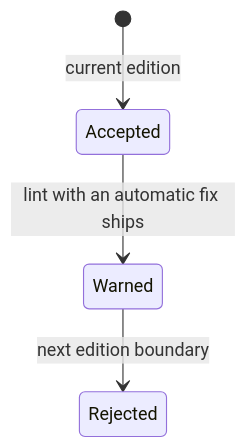
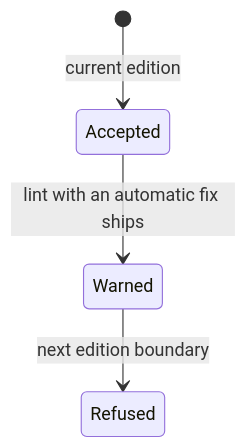
The third of 3 diagrams in skills/mold/evals/files/al-rfc-dyn-trait-pick/drafts.md (paulnsorensen/easy-cheese), drawn with Mermaid before and after one commit. The commit also changed other lines of this file and 32 other files, not shown here.

First line of the commit message:
test(mold): make the altitude and diagram evals splittable and accurate

````diff
--- a/skills/mold/evals/files/al-rfc-dyn-trait-pick/drafts.md
+++ b/skills/mold/evals/files/al-rfc-dyn-trait-pick/drafts.md
@@ -34,6 +88,6 @@
 ```mermaid
 stateDiagram-v2
   [*] --> Accepted: current edition
   Accepted --> Warned: lint with an automatic fix ships
-  Warned --> Rejected: next edition boundary
+  Warned --> Refused: next edition boundary
 ```
````
